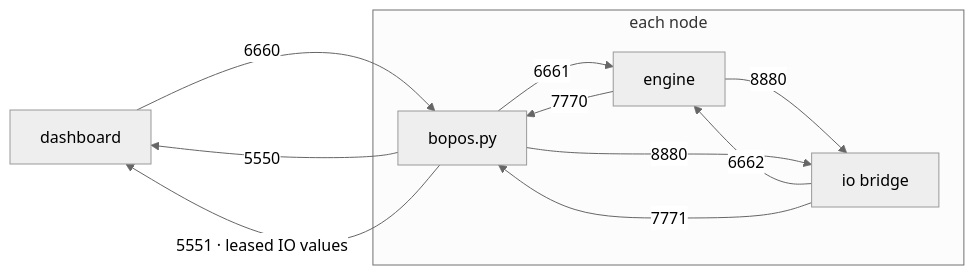
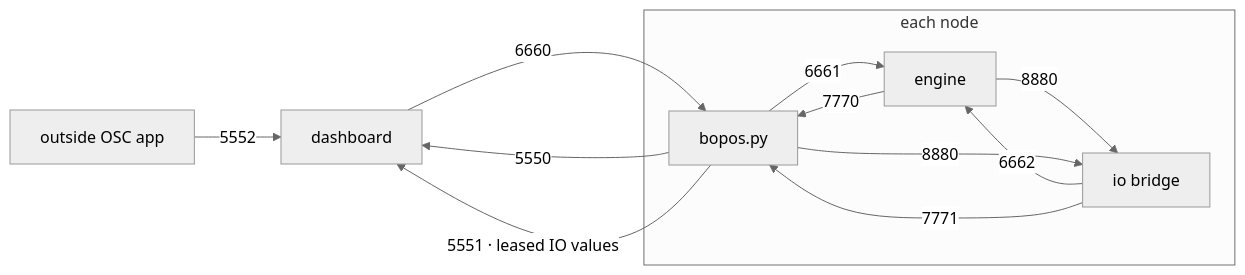
One commit to zealtv/bopOS changed the diagram in docs/PORTS.md. Above: the diagram before and after it, drawn with Mermaid (neutral theme). The commit also changed other lines of this file and 11 other files, not shown here.

First line of the commit message:
Accept outside OSC through the dashboard

````diff
--- a/docs/PORTS.md
+++ b/docs/PORTS.md
@@ -27,18 +28,19 @@
 ```mermaid
 flowchart LR
     dash["dashboard"]
     subgraph node [each node]
         bopos["bopos.py"]
         engine["engine"]
         io["io bridge"]
     end
+    external["outside OSC app"] -- "5552" --> dash
     dash -- "6660" --> bopos
     bopos -- "5550" --> dash
     bopos -- "5551 · leased IO values" --> dash
     bopos -- "6661" --> engine
     engine -- "7770" --> bopos
     io -- "6662" --> engine
     engine -- "8880" --> io
     bopos -- "8880" --> io
     io -- "7771" --> bopos
 ```
````
